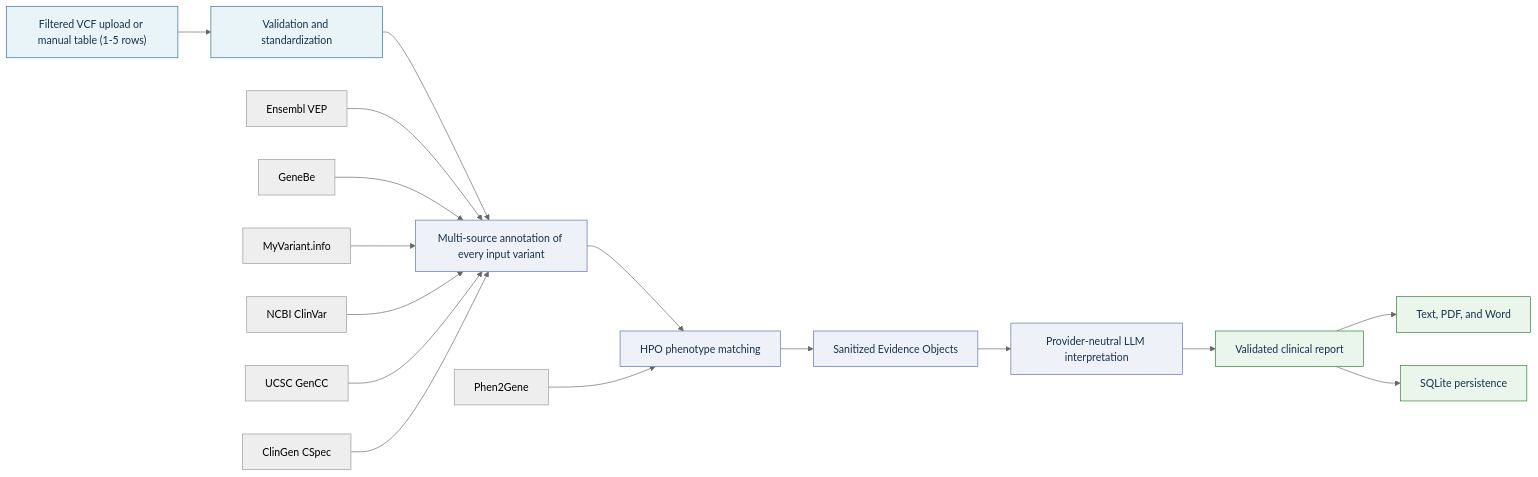
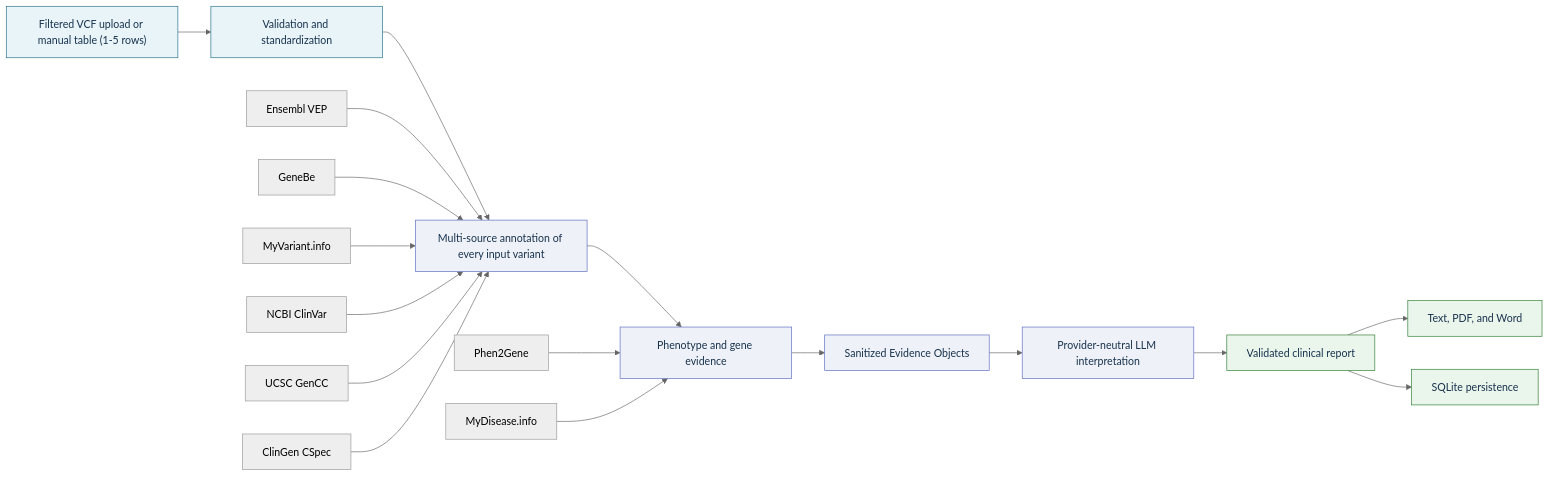
One commit to parhamKIY/CLINCAL_VARIANT_WEB_APPLICATION changed the diagram in README.md. Above: the diagram before and after it, drawn with Mermaid (neutral theme). The commit also changed other lines of this file and 12 other files, not shown here.

Commit message:
feat: finalize Stage 28 with MyDisease phenotype context

````diff
--- a/README.md
+++ b/README.md
@@ -39,26 +39,27 @@
 ```mermaid
 flowchart LR
     A["Filtered VCF upload or manual table (1-5 rows)"] --> B["Validation and standardization"]
     B --> D["Multi-source annotation of every input variant"]
-    D --> E["HPO phenotype matching"]
+    D --> E["Phenotype and gene evidence"]
     E --> F["Sanitized Evidence Objects"]
     F --> G["Provider-neutral LLM interpretation"]
     G --> H["Validated clinical report"]
     H --> I["Text, PDF, and Word"]
     H --> J["SQLite persistence"]
 
     D1["Ensembl VEP"] --> D
     D2["GeneBe"] --> D
     D3["MyVariant.info"] --> D
     D4["NCBI ClinVar"] --> D
     D5["UCSC GenCC"] --> D
     D6["ClinGen CSpec"] --> D
     E1["Phen2Gene"] --> E
+    E2["MyDisease.info"] --> E
 
     classDef input fill:#e8f4f8,stroke:#24708a,color:#17324d
     classDef evidence fill:#eef1f7,stroke:#5c6bc0,color:#17324d
     classDef output fill:#eaf5eb,stroke:#2e7d32,color:#17324d
     class A,B input
     class D,E,F,G evidence
     class H,I,J output
 ```
````
